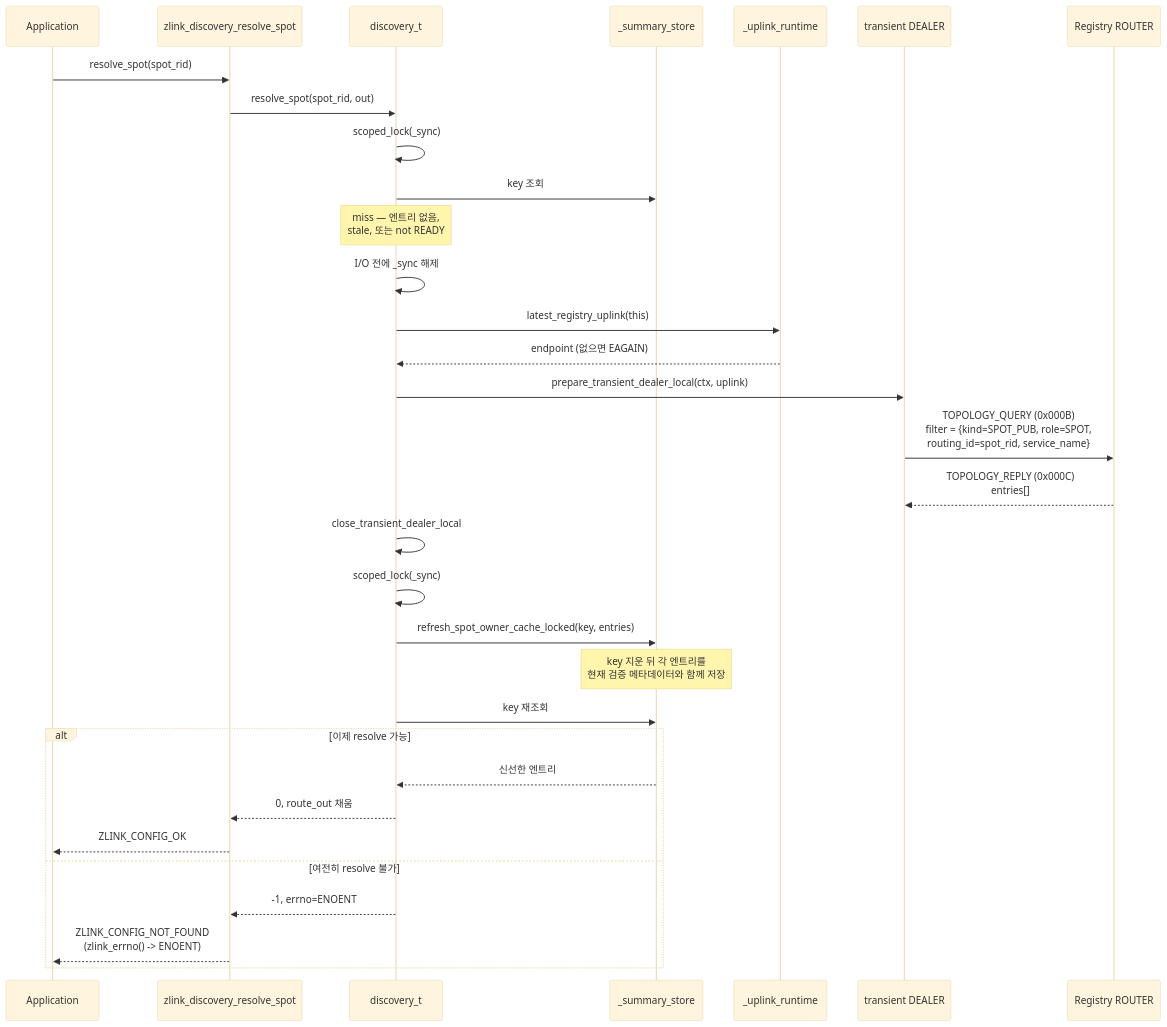
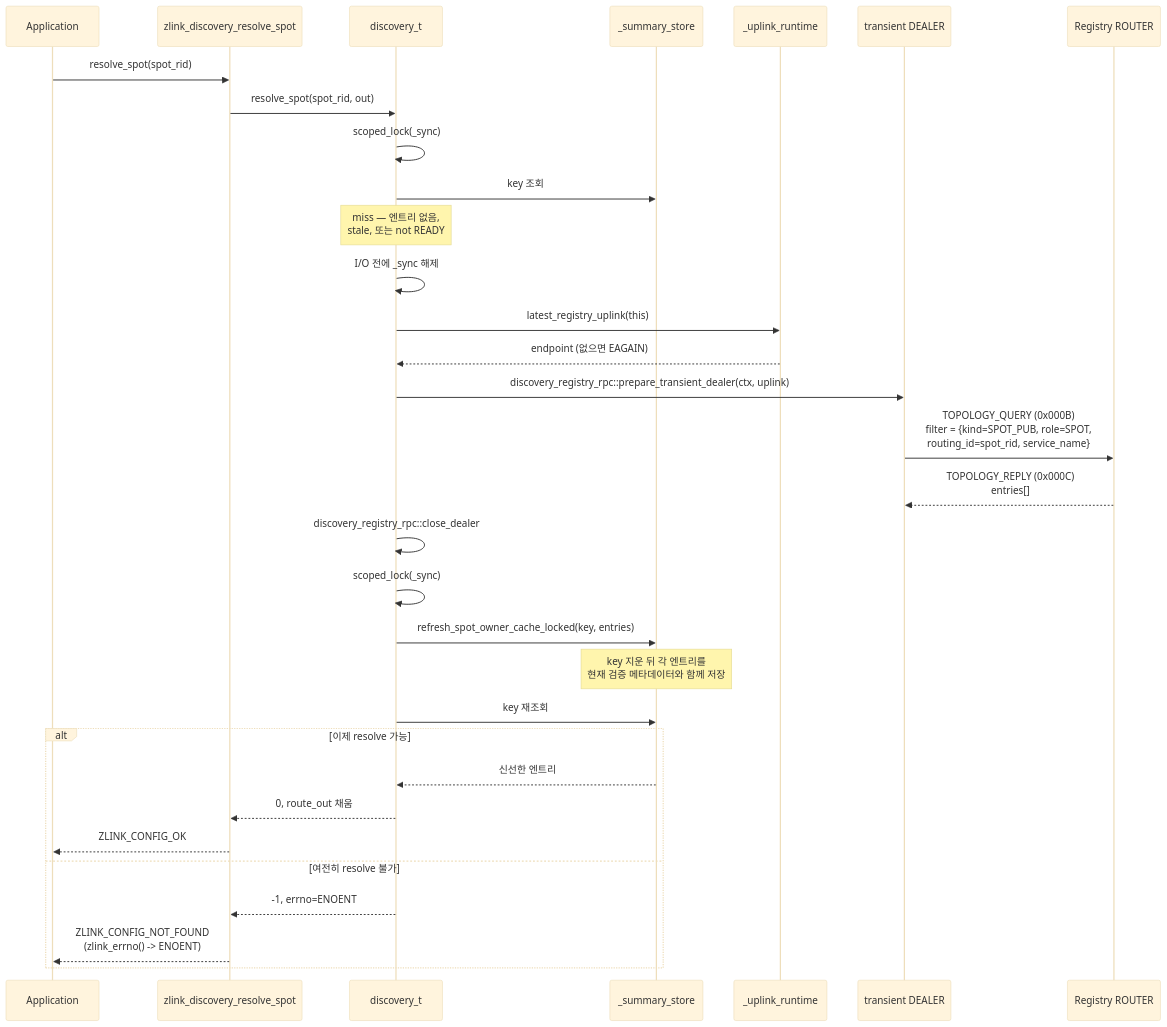
The tenth of 11 diagrams in doc/internals/discovery-internals.ko.md (kairos-code-dev/zlink), drawn with Mermaid (base theme) before and after one commit. The commit also changed other lines of this file and 163 other files, not shown here.

````diff
--- a/doc/internals/discovery-internals.ko.md
+++ b/doc/internals/discovery-internals.ko.md
@@ -382,36 +382,36 @@
 ```mermaid
 sequenceDiagram
     participant App as Application
     participant API as zlink_discovery_resolve_spot
     participant Disc as discovery_t
     participant Store as _summary_store
     participant Uplink as _uplink_runtime
     participant Dealer as transient DEALER
     participant Reg as Registry ROUTER
 
     App->>API: resolve_spot(spot_rid)
     API->>Disc: resolve_spot(spot_rid, out)
     Disc->>Disc: scoped_lock(_sync)
     Disc->>Store: key 조회
     Note over Disc: miss — 엔트리 없음,<br/>stale, 또는 not READY
     Disc->>Disc: I/O 전에 _sync 해제
     Disc->>Uplink: latest_registry_uplink(this)
     Uplink-->>Disc: endpoint (없으면 EAGAIN)
-    Disc->>Dealer: prepare_transient_dealer_local(ctx, uplink)
+    Disc->>Dealer: discovery_registry_rpc::prepare_transient_dealer(ctx, uplink)
     Dealer->>Reg: TOPOLOGY_QUERY (0x000B)<br/>filter = {kind=SPOT_PUB, role=SPOT,<br/>routing_id=spot_rid, service_name}
     Reg-->>Dealer: TOPOLOGY_REPLY (0x000C)<br/>entries[]
-    Disc->>Disc: close_transient_dealer_local
+    Disc->>Disc: discovery_registry_rpc::close_dealer
 
     Disc->>Disc: scoped_lock(_sync)
     Disc->>Store: refresh_spot_owner_cache_locked(key, entries)
     Note over Store: key 지운 뒤 각 엔트리를<br/>현재 검증 메타데이터와 함께 저장
     Disc->>Store: key 재조회
     alt 이제 resolve 가능
         Store-->>Disc: 신선한 엔트리
         Disc-->>API: 0, route_out 채움
         API-->>App: ZLINK_CONFIG_OK
     else 여전히 resolve 불가
         Disc-->>API: -1, errno=ENOENT
         API-->>App: ZLINK_CONFIG_NOT_FOUND<br/>(zlink_errno() -> ENOENT)
     end
 ```
````
